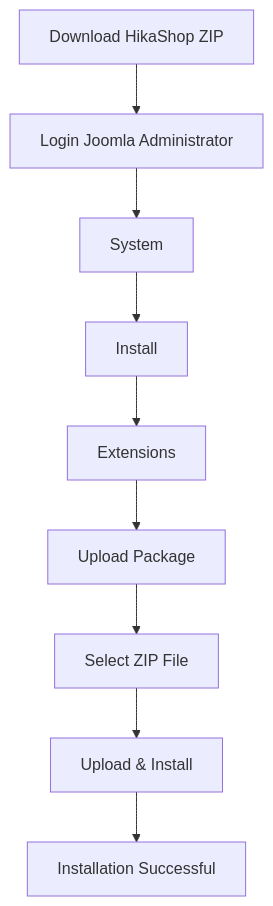
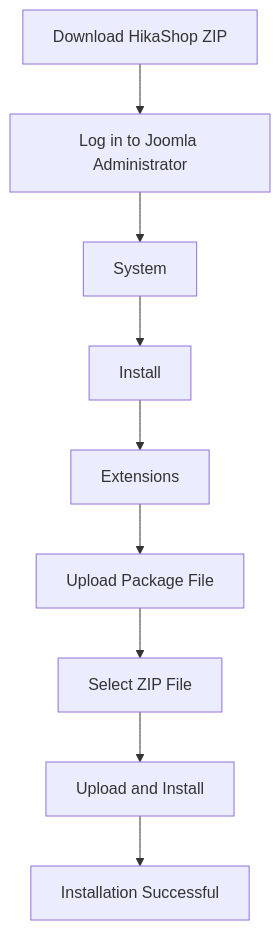
Before and after one commit to duyduyly/php-notebook: the second of 6 diagrams in joomla/learning/extensions/hikashop-6-5-2-installation-guide.md, drawn with Mermaid. The commit also changed other lines of this file, not shown here.

Commit message:
Expand HikaShop 6.5.2 installation guide with features and migration tests

````diff
--- a/joomla/learning/extensions/hikashop-6-5-2-installation-guide.md
+++ b/joomla/learning/extensions/hikashop-6-5-2-installation-guide.md
@@ -62,22 +94,11 @@
 ```mermaid
 flowchart TD
-
-A[Download HikaShop ZIP]
-B[Login Joomla Administrator]
-C[System]
-D[Install]
-E[Extensions]
-F[Upload Package]
-G[Select ZIP File]
-H[Upload & Install]
-I[Installation Successful]
-
-A --> B
-B --> C
-C --> D
-D --> E
-E --> F
-F --> G
-G --> H
-H --> I
+    A[Download HikaShop ZIP] --> B[Log in to Joomla Administrator]
+    B --> C[System]
+    C --> D[Install]
+    D --> E[Extensions]
+    E --> F[Upload Package File]
+    F --> G[Select ZIP File]
+    G --> H[Upload and Install]
+    H --> I[Installation Successful]
 ```
````
